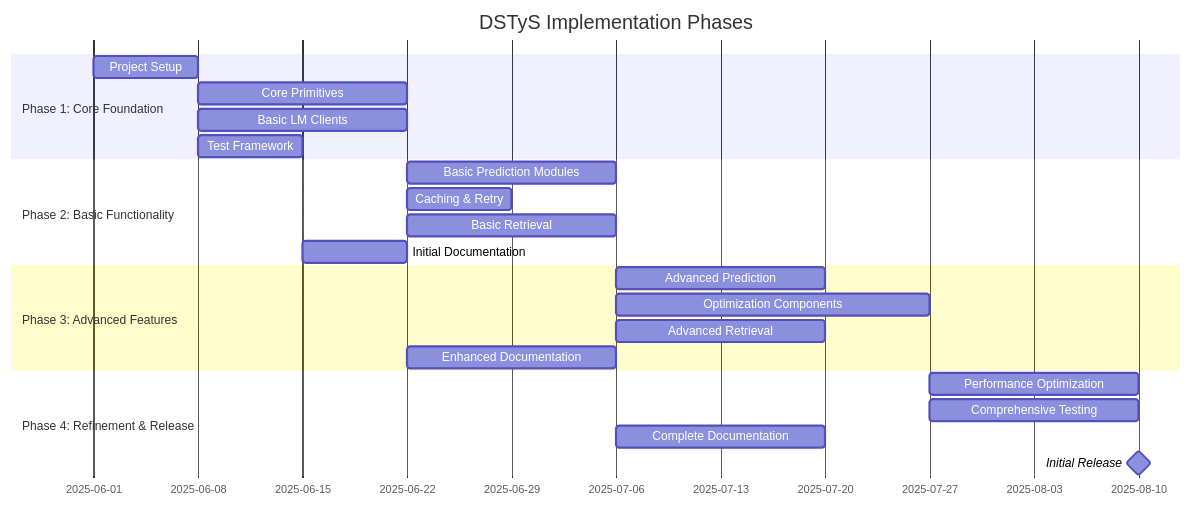
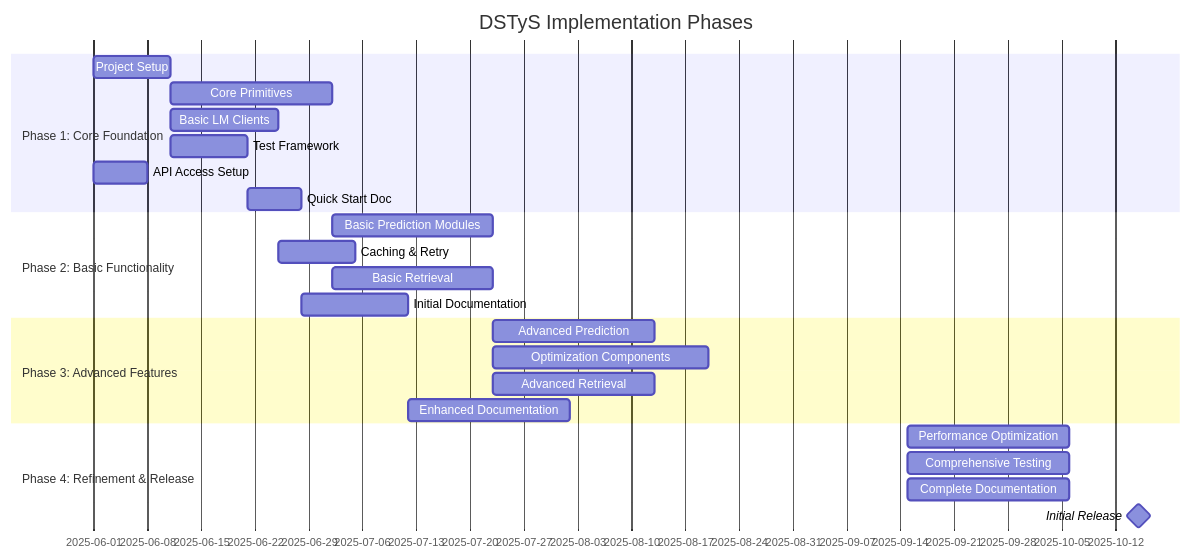
The first of 3 diagrams in docs/DSTyS_Project_Overview.md (helaix/DSTyS), drawn with Mermaid before and after one commit. The commit also changed other lines of this file, not shown here.

Commit message:
Update DSTyS Project Overview with comprehensive revisions based on feedback

````diff
--- a/docs/DSTyS_Project_Overview.md
+++ b/docs/DSTyS_Project_Overview.md
@@ -85,25 +100,27 @@
 ```mermaid
 gantt
     title DSTyS Implementation Phases
     dateFormat  YYYY-MM-DD
     section Phase 1: Core Foundation
-    Project Setup           :a1, 2025-06-01, 7d
-    Core Primitives         :a2, after a1, 14d
+    Project Setup           :a1, 2025-06-01, 10d
+    Core Primitives         :a2, after a1, 21d
     Basic LM Clients        :a3, after a1, 14d
-    Test Framework          :a4, after a1, 7d
+    Test Framework          :a4, after a1, 10d
+    API Access Setup        :a5, 2025-06-01, 7d
+    Quick Start Doc         :a6, after a4, 7d
     section Phase 2: Basic Functionality
-    Basic Prediction Modules :b1, after a2, 14d
-    Caching & Retry         :b2, after a3, 7d
-    Basic Retrieval         :b3, after a2, 14d
-    Initial Documentation   :b4, after a4, 7d
+    Basic Prediction Modules :b1, after a2, 21d
+    Caching & Retry         :b2, after a3, 10d
+    Basic Retrieval         :b3, after a2, 21d
+    Initial Documentation   :b4, after a6, 14d
     section Phase 3: Advanced Features
-    Advanced Prediction     :c1, after b1, 14d
-    Optimization Components :c2, after b1, 21d
-    Advanced Retrieval      :c3, after b3, 14d
-    Enhanced Documentation  :c4, after b4, 14d
+    Advanced Prediction     :c1, after b1, 21d
+    Optimization Components :c2, after b1, 28d
+    Advanced Retrieval      :c3, after b3, 21d
+    Enhanced Documentation  :c4, after b4, 21d
     section Phase 4: Refinement & Release
-    Performance Optimization :d1, after c1 c2 c3, 14d
-    Comprehensive Testing   :d2, after c1 c2 c3, 14d
-    Complete Documentation  :d3, after c4, 14d
-    Initial Release         :milestone, after d1 d2 d3, 0d
+    Performance Optimization :d1, 2025-09-15, 21d
+    Comprehensive Testing   :d2, 2025-09-15, 21d
+    Complete Documentation  :d3, 2025-09-15, 21d
+    Initial Release         :milestone, 2025-10-15, 0d
 ```
````
